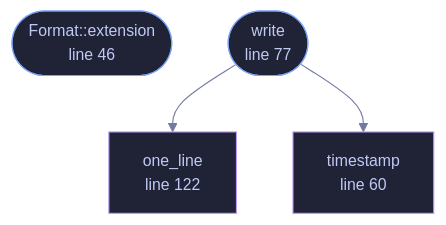
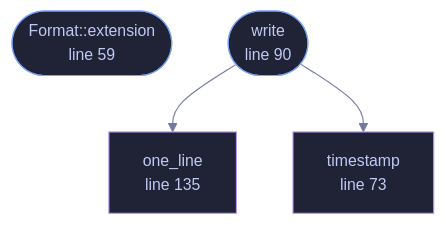
One commit to tilas01/veilvoice changed the diagram in docs/files/veilvoice-conversation/subtitles.md. Above: the diagram before and after it, drawn with Mermaid. The commit also changed other lines of this file and 487 other files, not shown here.

````diff
--- a/docs/files/veilvoice-conversation/subtitles.md
+++ b/docs/files/veilvoice-conversation/subtitles.md
@@ -86,18 +100,18 @@
 ```mermaid
 %%{init: {"theme":"base","themeVariables":{"background":"#1a1b26","primaryColor":"#1f2335","primaryTextColor":"#c0caf5","primaryBorderColor":"#7aa2f7","secondaryColor":"#16161e","tertiaryColor":"#16161e","lineColor":"#737aa2","textColor":"#c0caf5","mainBkg":"#1f2335","nodeBorder":"#7aa2f7","clusterBkg":"#16161e","clusterBorder":"#2f3549","fontFamily":"ui-monospace, SFMono-Regular, Consolas, monospace","fontSize":"14px"}}}%%
 flowchart TD
-    n_extension(["Format::extension<br/>line 46"])
-    n_timestamp["timestamp<br/>line 60"]
-    n_write(["write<br/>line 77"])
-    n_one_line["one_line<br/>line 122"]
+    n_extension(["Format::extension<br/>line 59"])
+    n_timestamp["timestamp<br/>line 73"]
+    n_write(["write<br/>line 90"])
+    n_one_line["one_line<br/>line 135"]
     n_write --> n_one_line
     n_write --> n_timestamp
-    click n_extension href "https://github.com/tilas01/veilvoice/blob/main/crates/veilvoice-conversation/src/subtitles.rs#L46" "open the source"
-    click n_timestamp href "https://github.com/tilas01/veilvoice/blob/main/crates/veilvoice-conversation/src/subtitles.rs#L60" "open the source"
-    click n_write href "https://github.com/tilas01/veilvoice/blob/main/crates/veilvoice-conversation/src/subtitles.rs#L77" "open the source"
-    click n_one_line href "https://github.com/tilas01/veilvoice/blob/main/crates/veilvoice-conversation/src/subtitles.rs#L122" "open the source"
+    click n_extension href "https://github.com/tilas01/veilvoice/blob/main/crates/veilvoice-conversation/src/subtitles.rs#L59" "open the source"
+    click n_timestamp href "https://github.com/tilas01/veilvoice/blob/main/crates/veilvoice-conversation/src/subtitles.rs#L73" "open the source"
+    click n_write href "https://github.com/tilas01/veilvoice/blob/main/crates/veilvoice-conversation/src/subtitles.rs#L90" "open the source"
+    click n_one_line href "https://github.com/tilas01/veilvoice/blob/main/crates/veilvoice-conversation/src/subtitles.rs#L135" "open the source"
     classDef entry fill:#1f2335,stroke:#7aa2f7,color:#c0caf5
     class n_extension,n_write entry
     classDef helper fill:#1f2335,stroke:#bb9af7,color:#c0caf5
     class n_timestamp,n_one_line helper
 ```
````
